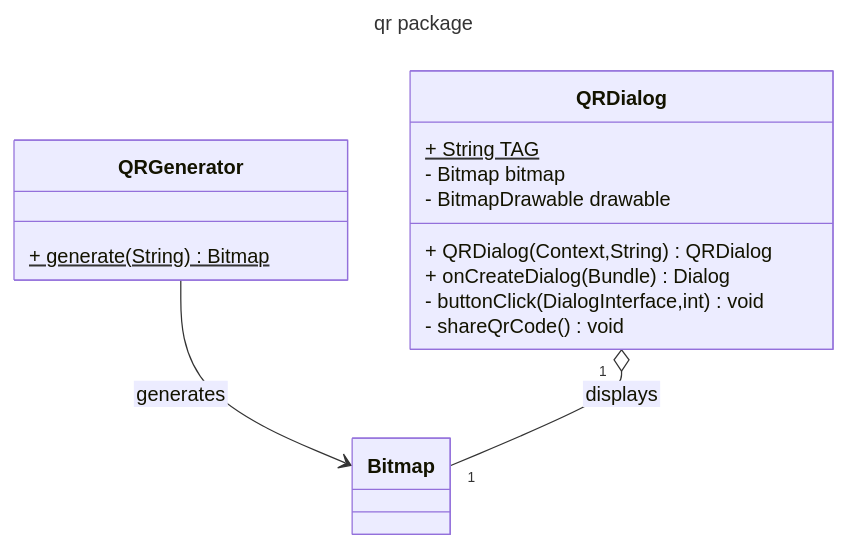
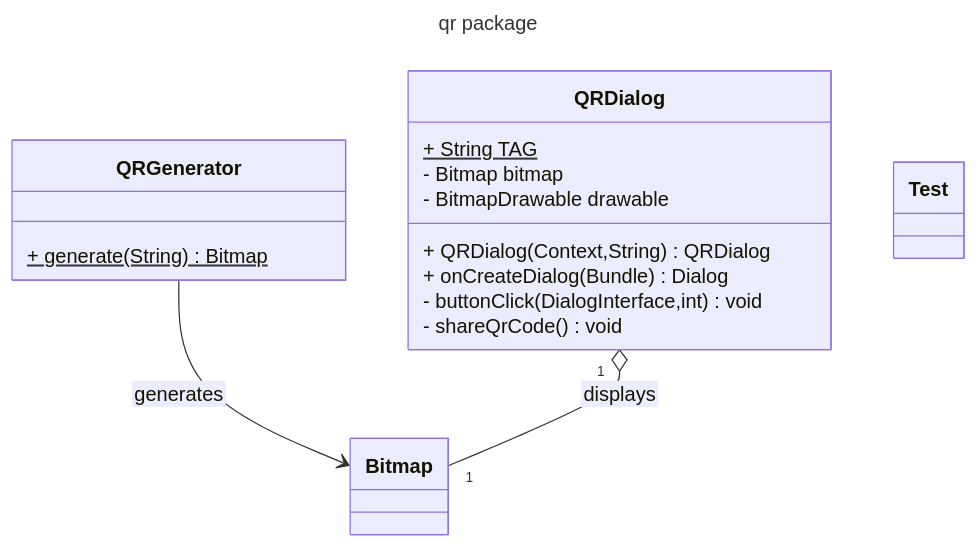
Before and after one commit to CMPUT301F25rocket/rocket-radar: the diagram in doc/uml/qr.mmd, drawn with Mermaid.

Commit message:
ci: test mirror uml

```diff
--- a/doc/uml/qr.mmd
+++ b/doc/uml/qr.mmd
@@ -1,25 +1,26 @@
 ---
 title: qr package
 config:
   htmlLabels: false
 ---
 
 classDiagram
 class QRDialog { 
 + String TAG$
 - Bitmap bitmap
 - BitmapDrawable drawable
 + QRDialog(Context,String) QRDialog 
 + onCreateDialog(Bundle) Dialog 
 - buttonClick(DialogInterface,int) void 
 - shareQrCode() void 
 }
 
 class QRGenerator { 
 + generate(String)$ Bitmap 
 }
 
 class Bitmap
+class Test
 
 QRGenerator --> Bitmap : generates
 QRDialog "1" o-- "1" Bitmap : displays
```
